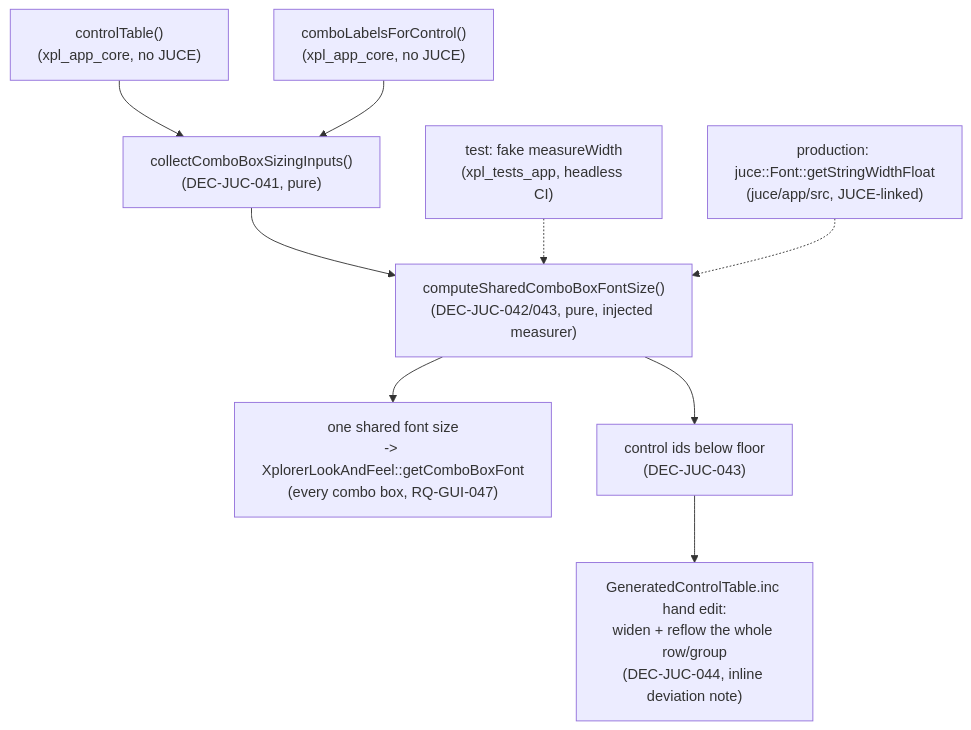
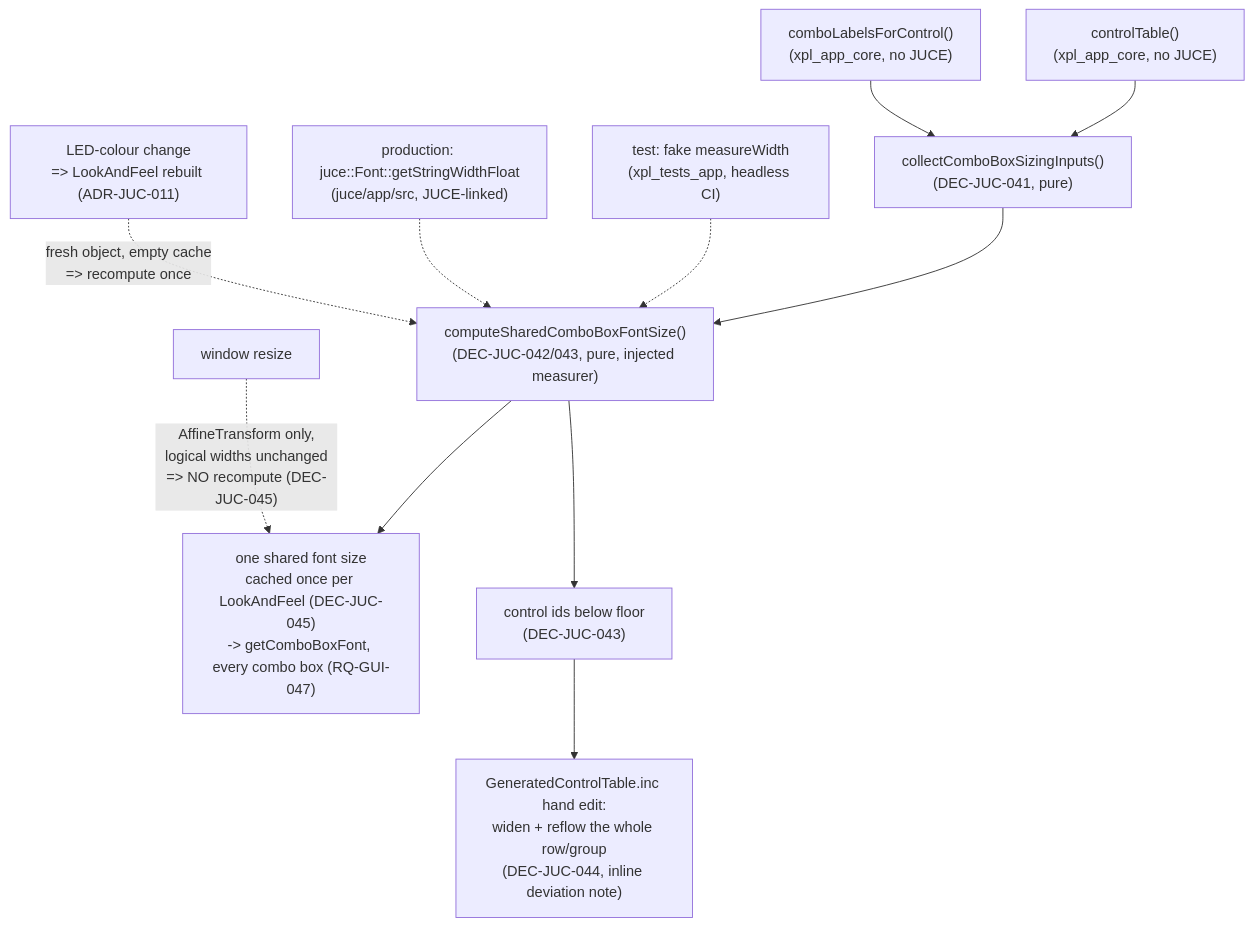
Before and after one commit to xplorer2716/XplorerEditor: the diagram in process/2.architecture/ADR-JUC-021-shared-combo-box-font-size.md, drawn with Mermaid. The commit also changed other lines of this file, not shown here.

First line of the commit message:
ADR-JUC-021: add DEC-JUC-045 (compute-once caching, no resize recomputation)

````diff
--- a/process/2.architecture/ADR-JUC-021-shared-combo-box-font-size.md
+++ b/process/2.architecture/ADR-JUC-021-shared-combo-box-font-size.md
@@ -157,12 +195,15 @@
 ```mermaid
 flowchart TD
     CT["controlTable()\n(xpl_app_core, no JUCE)"] --> COLLECT
     CLC["comboLabelsForControl()\n(xpl_app_core, no JUCE)"] --> COLLECT
     COLLECT["collectComboBoxSizingInputs()\n(DEC-JUC-041, pure)"] --> COMPUTE
     FAKE["test: fake measureWidth\n(xpl_tests_app, headless CI)"] -.-> COMPUTE
     REAL["production: juce::Font::getStringWidthFloat\n(juce/app/src, JUCE-linked)"] -.-> COMPUTE
     COMPUTE["computeSharedComboBoxFontSize()\n(DEC-JUC-042/043, pure, injected measurer)"]
-    COMPUTE --> SIZE["one shared font size\n-> XplorerLookAndFeel::getComboBoxFont\n(every combo box, RQ-GUI-047)"]
+    COMPUTE --> SIZE["one shared font size\ncached once per LookAndFeel (DEC-JUC-045)\n-> getComboBoxFont, every combo box (RQ-GUI-047)"]
     COMPUTE --> WIDEN["control ids below floor\n(DEC-JUC-043)"]
     WIDEN --> ROW["GeneratedControlTable.inc hand edit:\nwiden + reflow the whole row/group\n(DEC-JUC-044, inline deviation note)"]
+
+    RESIZE["window resize"] -.->|"AffineTransform only,\nlogical widths unchanged\n=> NO recompute (DEC-JUC-045)"| SIZE
+    LED["LED-colour change\n=> LookAndFeel rebuilt (ADR-JUC-011)"] -.->|"fresh object, empty cache\n=> recompute once"| COMPUTE
 ```
````
